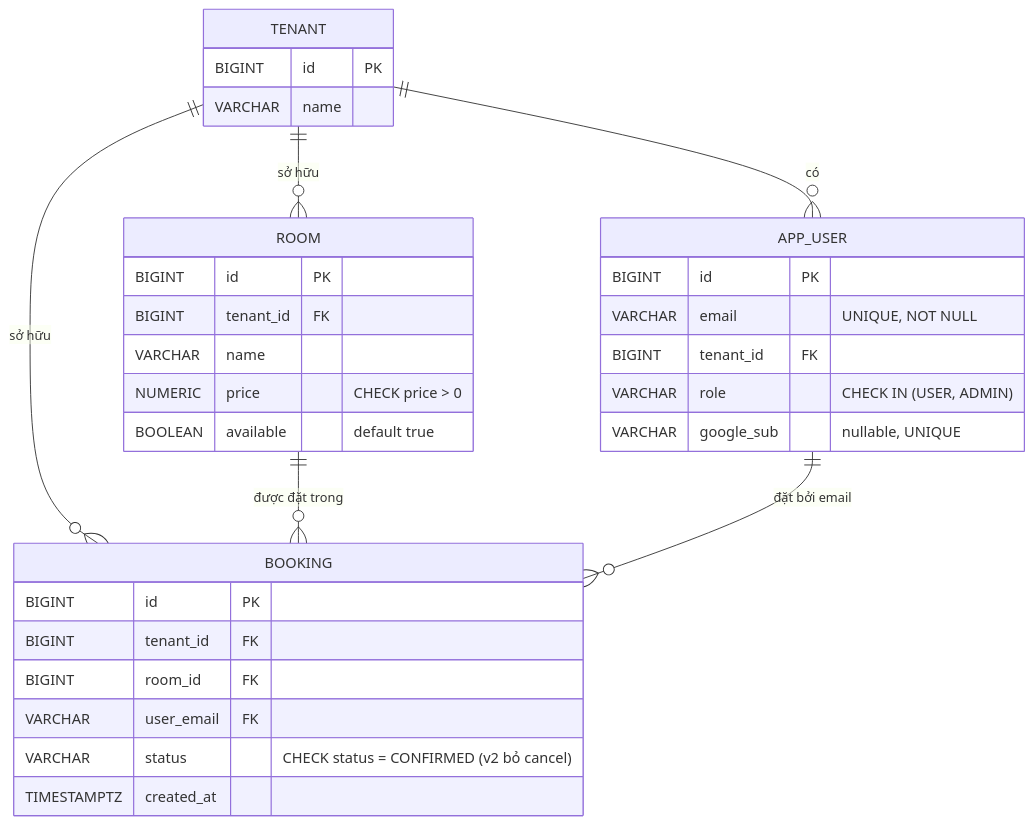
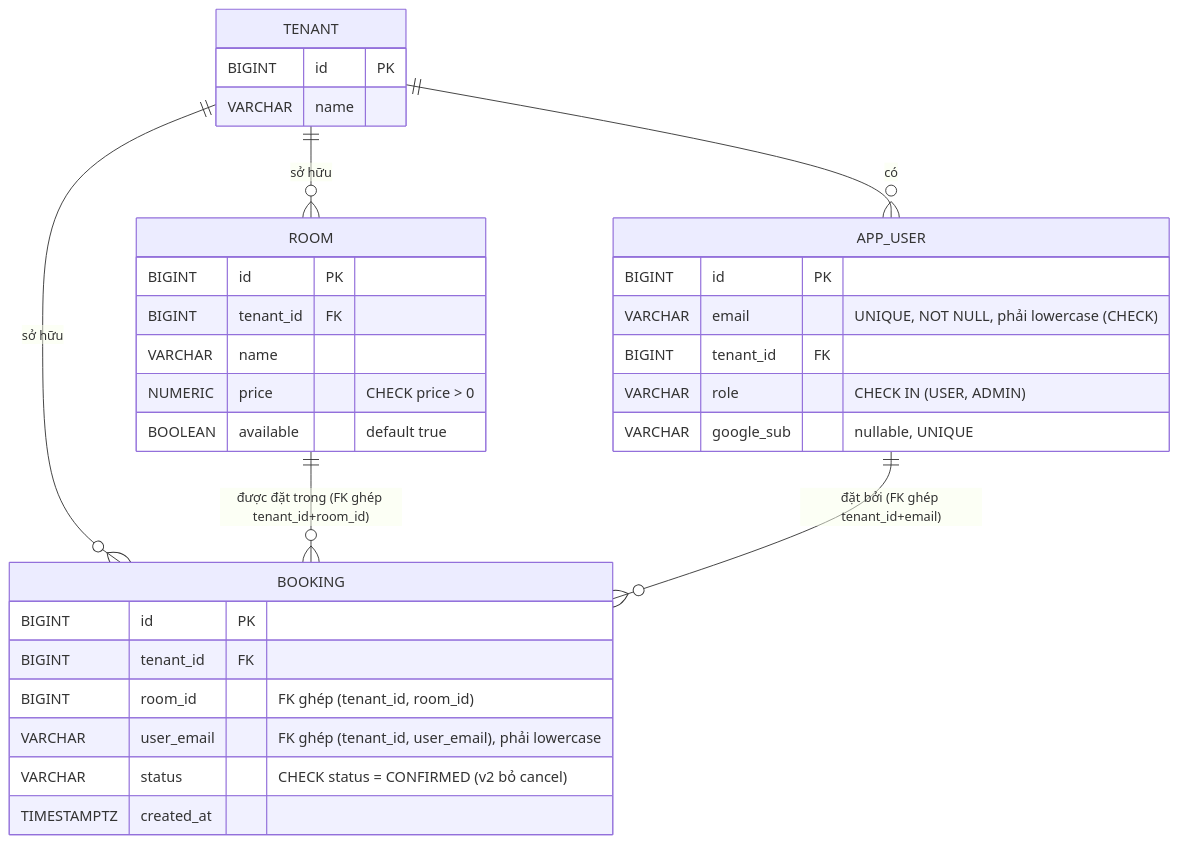
Before and after one commit to oabga/HotelBookingSystem: the first of 2 diagrams in docs/erd-v2.md, drawn with Mermaid. The commit also changed other lines of this file and 5 other files, not shown here.

````diff
--- a/docs/erd-v2.md
+++ b/docs/erd-v2.md
@@ -7,35 +7,35 @@
 ```mermaid
 erDiagram
     TENANT ||--o{ APP_USER : "có"
     TENANT ||--o{ ROOM : "sở hữu"
     TENANT ||--o{ BOOKING : "sở hữu"
-    ROOM ||--o{ BOOKING : "được đặt trong"
-    APP_USER ||--o{ BOOKING : "đặt bởi email"
+    ROOM ||--o{ BOOKING : "được đặt trong (FK ghép tenant_id+room_id)"
+    APP_USER ||--o{ BOOKING : "đặt bởi (FK ghép tenant_id+email)"
 
     TENANT {
         BIGINT id PK
         VARCHAR name
     }
     APP_USER {
         BIGINT id PK
-        VARCHAR email "UNIQUE, NOT NULL"
+        VARCHAR email "UNIQUE, NOT NULL, phải lowercase (CHECK)"
         BIGINT tenant_id FK
         VARCHAR role "CHECK IN (USER, ADMIN)"
         VARCHAR google_sub "nullable, UNIQUE"
     }
     ROOM {
         BIGINT id PK
         BIGINT tenant_id FK
         VARCHAR name
         NUMERIC price "CHECK price > 0"
         BOOLEAN available "default true"
     }
     BOOKING {
         BIGINT id PK
         BIGINT tenant_id FK
-        BIGINT room_id FK
-        VARCHAR user_email FK
+        BIGINT room_id "FK ghép (tenant_id, room_id)"
+        VARCHAR user_email "FK ghép (tenant_id, user_email), phải lowercase"
         VARCHAR status "CHECK status = CONFIRMED (v2 bỏ cancel)"
         TIMESTAMPTZ created_at
     }
 ```
````
